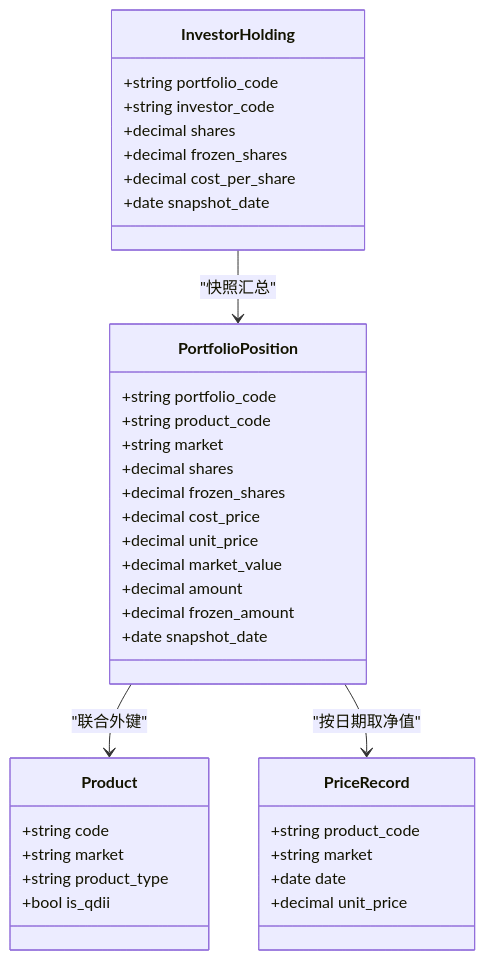
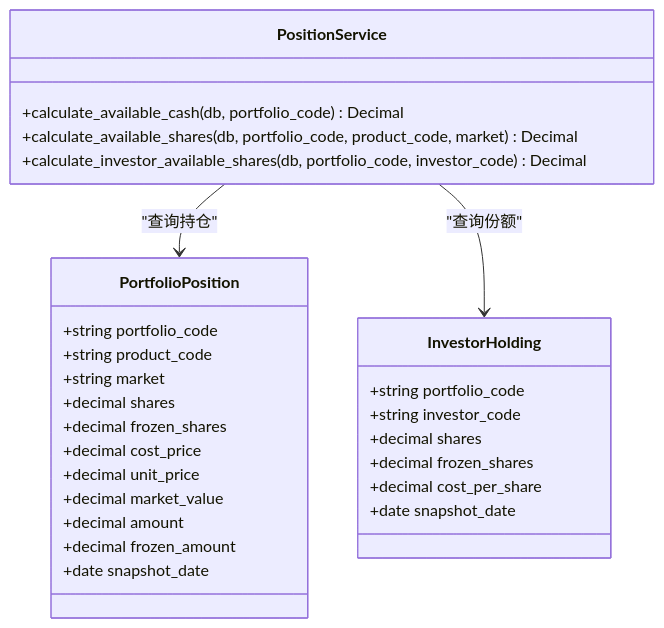
One commit to gujialind/InvestRing changed the third of 8 diagrams in .qoder/repowiki/zh/content/核心业务功能/持仓管理.md. Above: the diagram before and after it, drawn with Mermaid. The commit also changed other lines of this file and 44 other files, not shown here.

````diff
--- a/.qoder/repowiki/zh/content/核心业务功能/持仓管理.md
+++ b/.qoder/repowiki/zh/content/核心业务功能/持仓管理.md
@@ -207,39 +285,31 @@
 ```mermaid
 classDiagram
+class PositionService {
++calculate_available_cash(db, portfolio_code) Decimal
++calculate_available_shares(db, portfolio_code, product_code, market) Decimal
++calculate_investor_available_shares(db, portfolio_code, investor_code) Decimal
+}
 class PortfolioPosition {
 +string portfolio_code
 +string product_code
 +string market
 +decimal shares
 +decimal frozen_shares
 +decimal cost_price
 +decimal unit_price
 +decimal market_value
 +decimal amount
 +decimal frozen_amount
 +date snapshot_date
 }
 class InvestorHolding {
 +string portfolio_code
 +string investor_code
 +decimal shares
 +decimal frozen_shares
 +decimal cost_per_share
 +date snapshot_date
 }
-class Product {
-+string code
-+string market
-+string product_type
-+bool is_qdii
-}
-class PriceRecord {
-+string product_code
-+string market
-+date date
-+decimal unit_price
-}
-PortfolioPosition --> Product : "联合外键"
-PortfolioPosition --> PriceRecord : "按日期取净值"
-InvestorHolding --> PortfolioPosition : "快照汇总"
+PositionService --> PortfolioPosition : "查询持仓"
+PositionService --> InvestorHolding : "查询份额"
 ```
````
